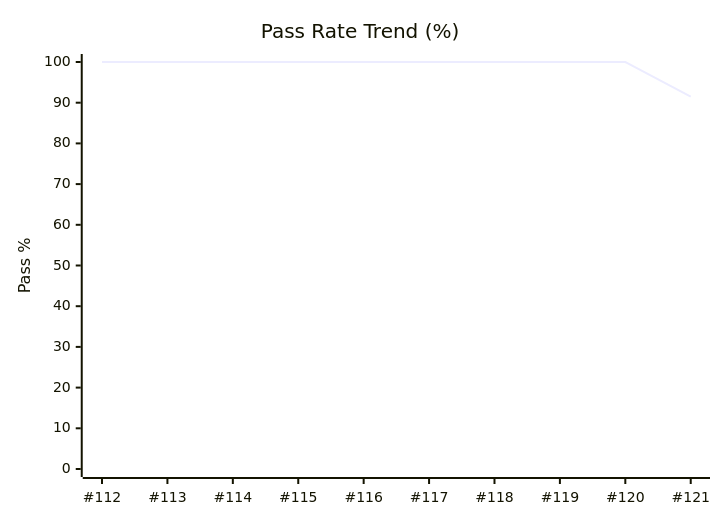
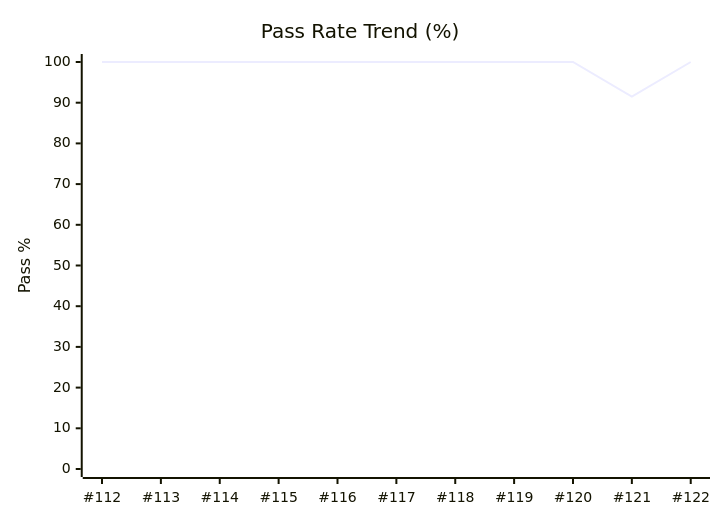
The diagram in dashboards/qa-metrics.md (karimarie67/QA-boost), drawn with Mermaid before and after one commit. The commit also changed other lines of this file and 2 other files, not shown here.

````diff
--- a/dashboards/qa-metrics.md
+++ b/dashboards/qa-metrics.md
@@ -37,7 +37,7 @@
 ```mermaid
 xychart-beta
     title "Pass Rate Trend (%)"
-    x-axis [#112, #113, #114, #115, #116, #117, #118, #119, #120, #121]
+    x-axis [#112, #113, #114, #115, #116, #117, #118, #119, #120, #121, #122]
     y-axis "Pass %" 0 --> 100
-    line [100.0, 100.0, 100.0, 100.0, 100.0, 100.0, 100.0, 100.0, 100.0, 91.5]
+    line [100.0, 100.0, 100.0, 100.0, 100.0, 100.0, 100.0, 100.0, 100.0, 91.5, 100.0]
 ```
````
